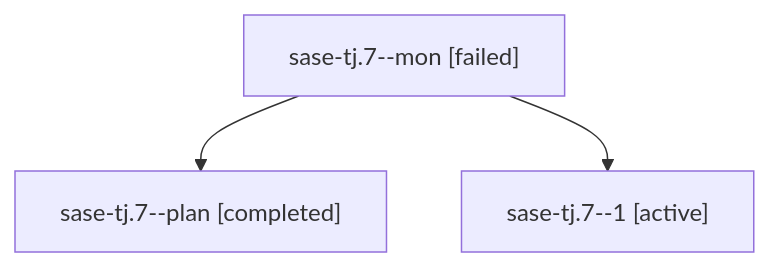
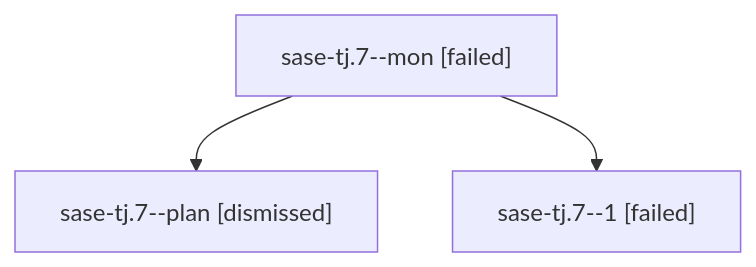
The diagram in families/bbugyi200.athena.sase-tj.7.md (sase-org/sase--agents), drawn with Mermaid before and after one commit. The commit also changed other lines of this file and 103 other files, not shown here.

````diff
--- a/families/bbugyi200.athena.sase-tj.7.md
+++ b/families/bbugyi200.athena.sase-tj.7.md
@@ -9,8 +9,8 @@
 ```mermaid
 flowchart TD
   n0["sase-tj.7--mon [failed]"]
-  n1["sase-tj.7--plan [completed]"]
+  n1["sase-tj.7--plan [dismissed]"]
   n0 --> n1
-  n2["sase-tj.7--1 [active]"]
+  n2["sase-tj.7--1 [failed]"]
   n0 --> n2
 ```
````
